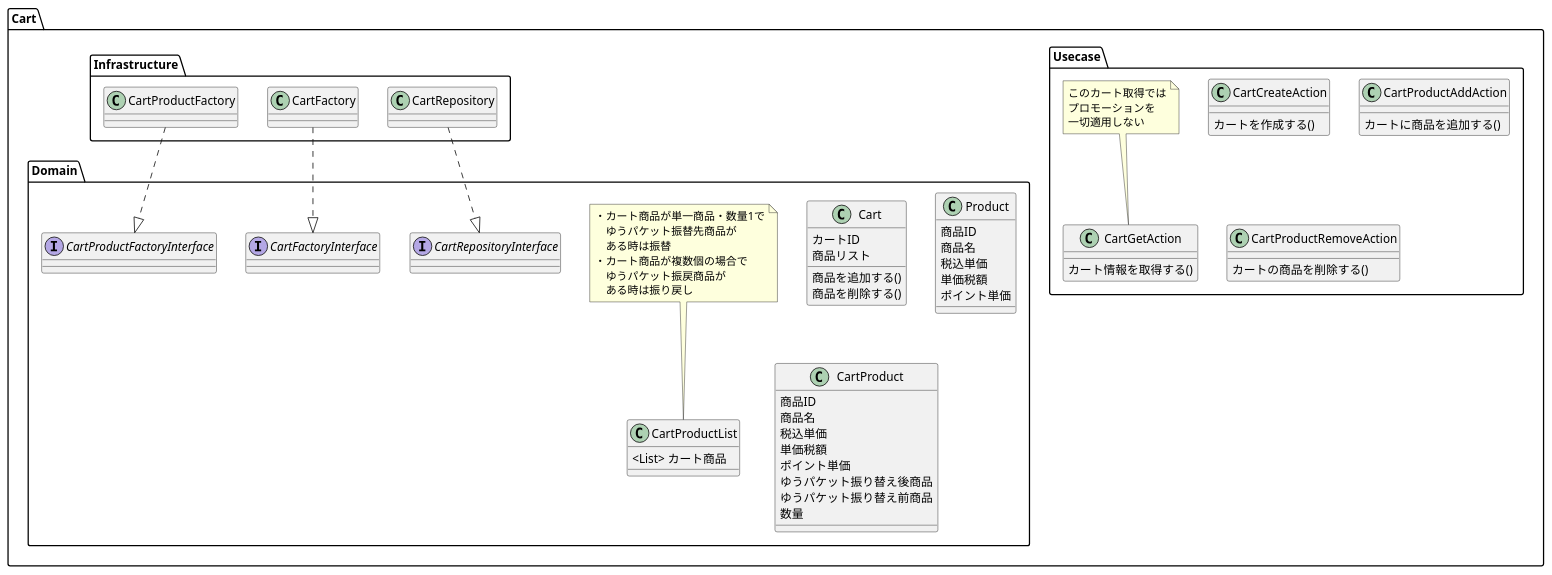
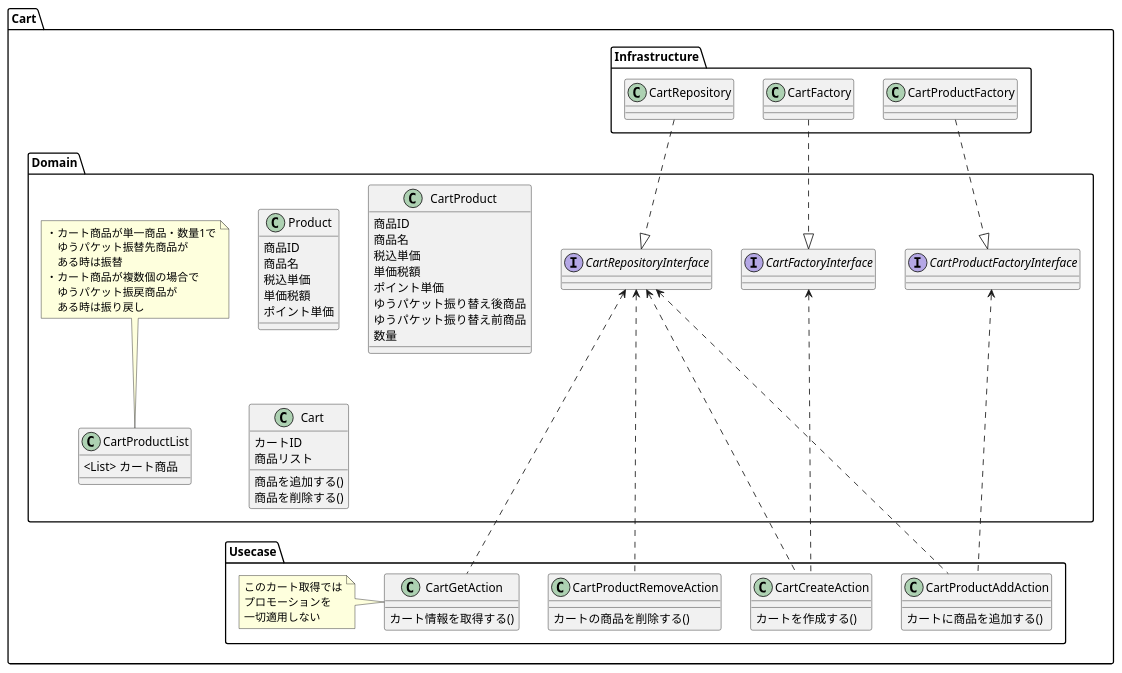
One commit to coffee-r/practice-ec-webapi1 changed the diagram in documents/クラス図/Cart.pu. Above: the diagram before and after it, drawn with PlantUML. The commit also changed 35 other files, not shown here.

```diff
--- a/documents/クラス図/Cart.pu
+++ b/documents/クラス図/Cart.pu
@@ -1,88 +1,94 @@
 @startuml practice-ec-webapi
 
 package Cart{
     package Domain{
-
-        class Cart{
-            カートID
-            商品リスト
-            商品を追加する()
-            商品を削除する()
-        }
-
         class Product{
             商品ID
             商品名
             税込単価
             単価税額
             ポイント単価
         }
 
         class CartProduct{
             商品ID
             商品名
             税込単価
             単価税額
             ポイント単価
             ゆうパケット振り替え後商品
             ゆうパケット振り替え前商品
             数量
         }
 
         class CartProductList{
             <List> カート商品
         }
 
         note top of CartProductList :・カート商品が単一商品・数量1で\n　ゆうパケット振替先商品が\n　ある時は振替\n・カート商品が複数個の場合で\n　ゆうパケット振戻商品が\n　ある時は振り戻し
 
+         class Cart{
+            カートID
+            商品リスト
+            商品を追加する()
+            商品を削除する()
+        }
+
         interface CartRepositoryInterface{
 
         }
 
         interface CartFactoryInterface{
 
         }
 
         interface CartProductFactoryInterface{
 
         }
     }
 
     package Usecase{
         class CartCreateAction{
             カートを作成する()
         }
         class CartGetAction{
             カート情報を取得する()
         }
 
-        note top of CartGetAction : このカート取得では\nプロモーションを\n一切適用しない
+        note left of CartGetAction : このカート取得では\nプロモーションを\n一切適用しない
 
         class CartProductAddAction{
             カートに商品を追加する()
         }
         class CartProductRemoveAction{
             カートの商品を削除する()
         }
+
+        CartRepositoryInterface <... CartCreateAction
+        CartFactoryInterface <... CartCreateAction
+        CartRepositoryInterface <... CartGetAction
+        CartRepositoryInterface <... CartProductAddAction
+        CartProductFactoryInterface <... CartProductAddAction
+        CartRepositoryInterface <... CartProductRemoveAction
 
     }
 
     package Infrastructure{
         class CartRepository{
 
         }
         class CartFactory{
 
         }
         class CartProductFactory{
 
         }
 
         CartRepository  ..|> CartRepositoryInterface
         CartFactory ..|> CartFactoryInterface
         CartProductFactory ..|> CartProductFactoryInterface
     }
 }
    
 
 @enduml
```
